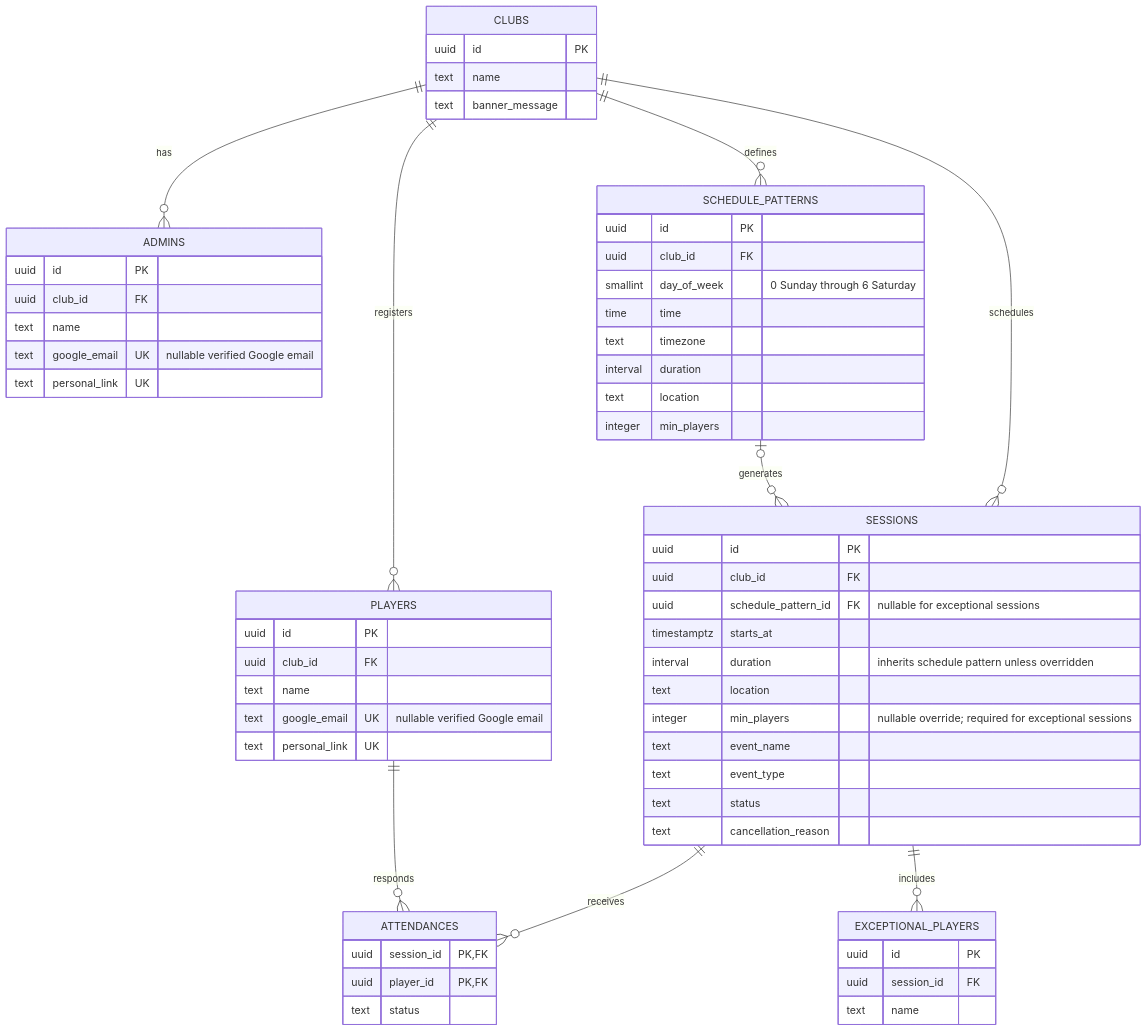
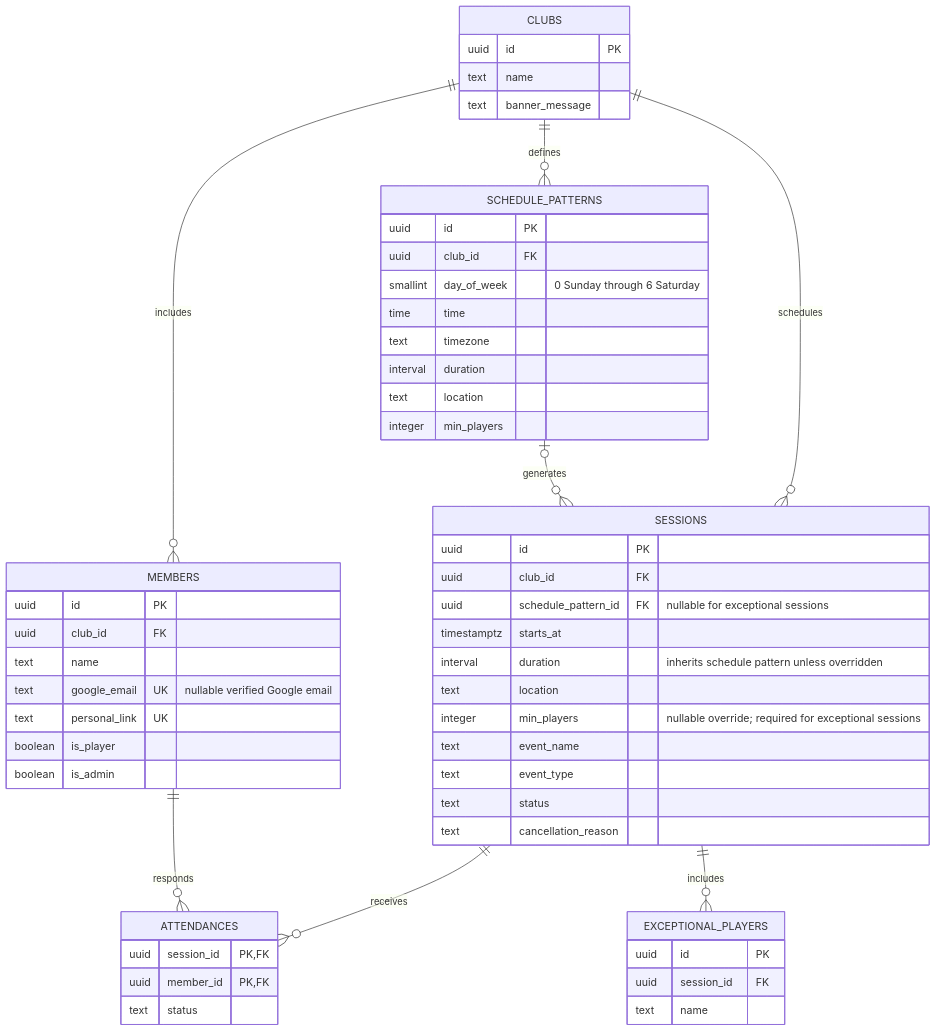
The diagram in documentation/PlayCount_Functional_Requirements_Final.md (mikebarais/playcount), drawn with Mermaid before and after one commit. The commit also changed other lines of this file and 4 other files, not shown here.

Commit message:
Consolidate La Manchette schema into members model

````diff
--- a/documentation/PlayCount_Functional_Requirements_Final.md
+++ b/documentation/PlayCount_Functional_Requirements_Final.md
@@ -169,70 +171,63 @@
 ```mermaid
 erDiagram
 	CLUBS {
 		uuid id PK
 		text name
 		text banner_message
 	}
 
-	ADMINS {
+	MEMBERS {
 		uuid id PK
 		uuid club_id FK
 		text name
 		text google_email UK "nullable verified Google email"
 		text personal_link UK
-	}
-
-	PLAYERS {
-		uuid id PK
-		uuid club_id FK
-		text name
-		text google_email UK "nullable verified Google email"
-		text personal_link UK
+		boolean is_player
+		boolean is_admin
 	}
 
 	SCHEDULE_PATTERNS {
 		uuid id PK
 		uuid club_id FK
 		smallint day_of_week "0 Sunday through 6 Saturday"
 		time time
 		text timezone
 		interval duration
 		text location
 		integer min_players
 	}
 
 	SESSIONS {
 		uuid id PK
 		uuid club_id FK
 		uuid schedule_pattern_id FK "nullable for exceptional sessions"
 		timestamptz starts_at
 		interval duration "inherits schedule pattern unless overridden"
 		text location
 		integer min_players "nullable override; required for exceptional sessions"
 		text event_name
 		text event_type
 		text status
 		text cancellation_reason
 	}
 
 	ATTENDANCES {
 		uuid session_id PK, FK
-		uuid player_id PK, FK
+		uuid member_id PK, FK
 		text status
 	}
 
 	EXCEPTIONAL_PLAYERS {
 		uuid id PK
 		uuid session_id FK
 		text name
 	}
 
-	CLUBS ||--o{ ADMINS : has
-	CLUBS ||--o{ PLAYERS : registers
+	CLUBS ||--o{ MEMBERS : includes
 	CLUBS ||--o{ SCHEDULE_PATTERNS : defines
 	SCHEDULE_PATTERNS o|--o{ SESSIONS : generates
 	CLUBS ||--o{ SESSIONS : schedules
 	SESSIONS ||--o{ ATTENDANCES : receives
-	PLAYERS ||--o{ ATTENDANCES : responds
+	MEMBERS ||--o{ ATTENDANCES : responds
 	SESSIONS ||--o{ EXCEPTIONAL_PLAYERS : includes
 ```
````
